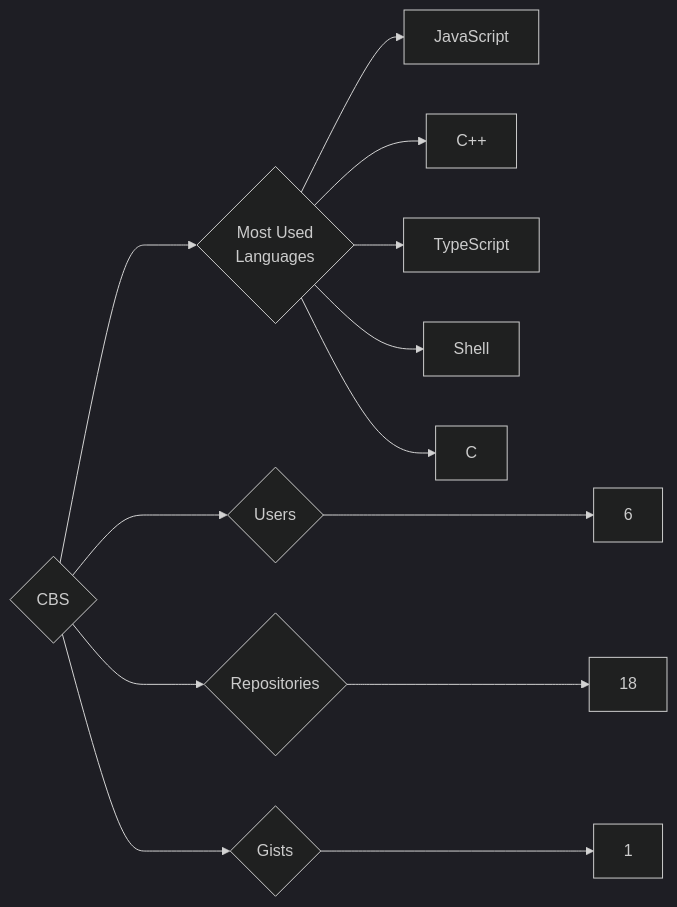
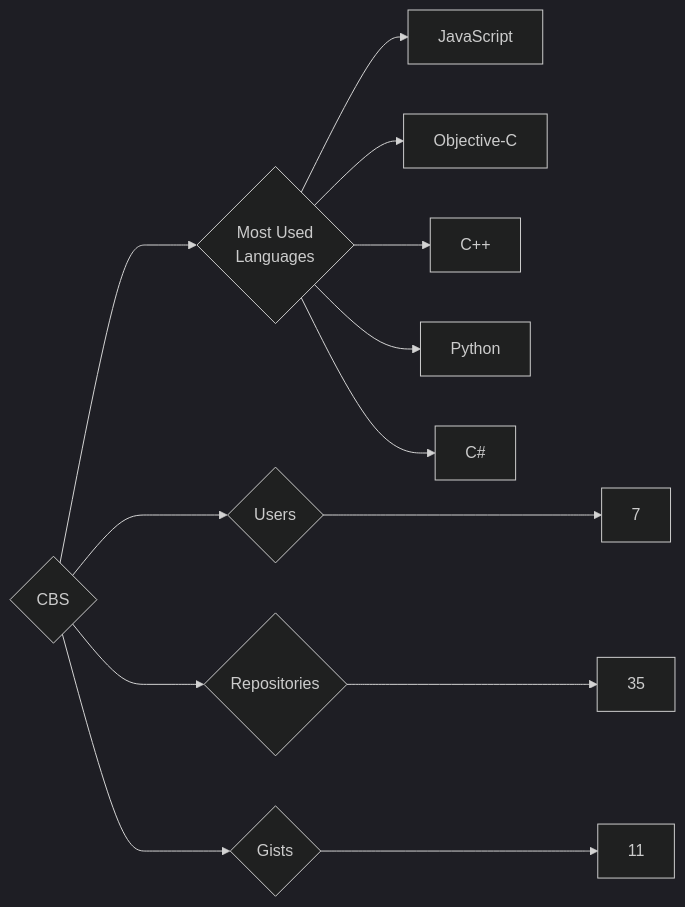
Before and after one commit to trickest/insiders: the diagram in targets/CBS/README.md, drawn with Mermaid (dark theme). The commit also changed 993 other files, not shown here.

````diff
--- a/targets/CBS/README.md
+++ b/targets/CBS/README.md
@@ -3,13 +3,13 @@
 ```mermaid
 graph LR
 COMPANY_NAME{CBS}
-COMPANY_NAME ---> U{Users} ---> UN[6]
-COMPANY_NAME ---> R{Repositories} ---> RN[18]
-COMPANY_NAME ---> G{Gists} ---> GN[1]
+COMPANY_NAME ---> U{Users} ---> UN[7]
+COMPANY_NAME ---> R{Repositories} ---> RN[35]
+COMPANY_NAME ---> G{Gists} ---> GN[11]
 COMPANY_NAME ---> ML{Most Used<br>Languages}
 ML --> JavaScript[JavaScript]
+ML --> Objective-C[Objective-C]
 ML --> C++[C++]
-ML --> TypeScript[TypeScript]
-ML --> Shell[Shell]
-ML --> C[C]
+ML --> Python[Python]
+ML --> C#[C#]
 ```
````
